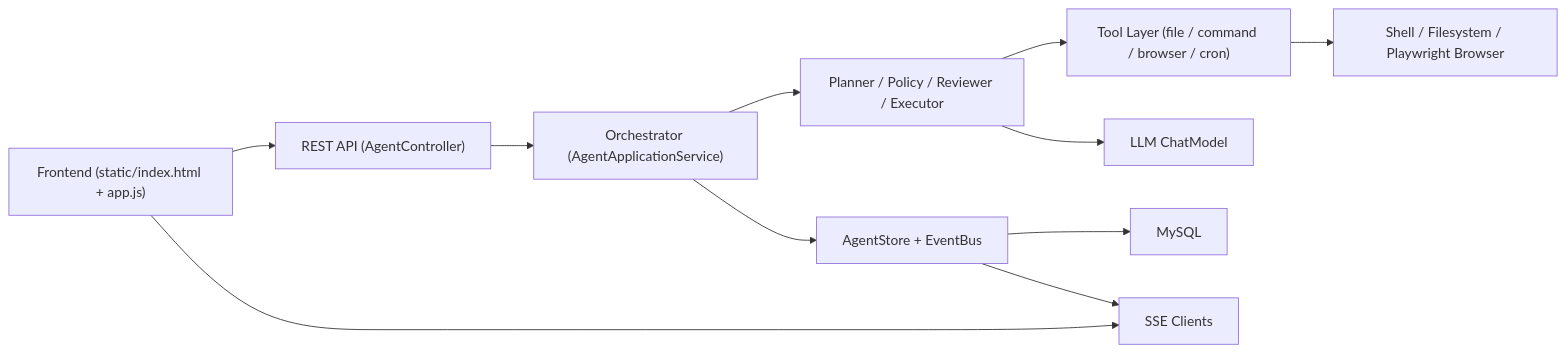
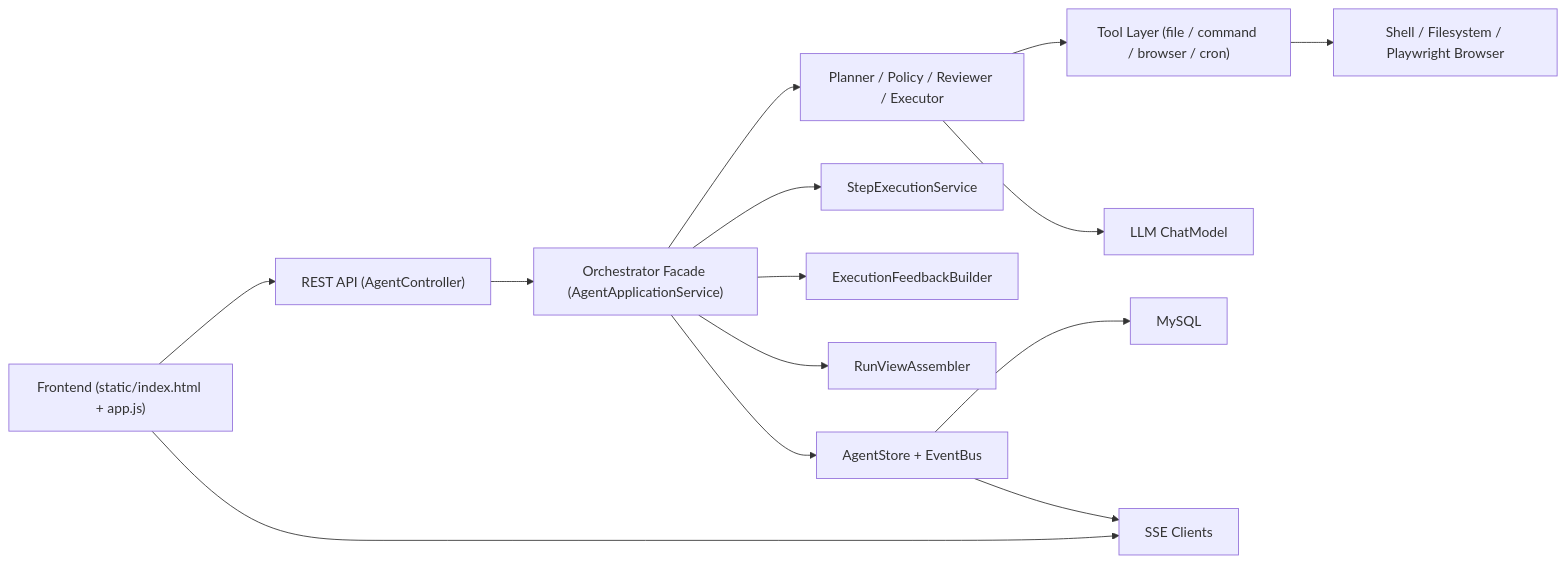
The diagram in docs/architecture/ARCHITECTURE.md (yoogooo/nomoclaw), drawn with Mermaid before and after one commit. The commit also changed other lines of this file and 6 other files, not shown here.

Commit message:
refactor(orchestrator): split AgentApplicationService into focused execution/feedback/run-view services and update architecture docs

````diff
--- a/docs/architecture/ARCHITECTURE.md
+++ b/docs/architecture/ARCHITECTURE.md
@@ -52,24 +55,30 @@
 ```mermaid
 flowchart LR
     A["Frontend (static/index.html + app.js)"]
     B["REST API (AgentController)"]
-    C["Orchestrator (AgentApplicationService)"]
+    C["Orchestrator Facade (AgentApplicationService)"]
     D["Planner / Policy / Reviewer / Executor"]
+    K["StepExecutionService"]
+    L["ExecutionFeedbackBuilder"]
+    M["RunViewAssembler"]
     E["Tool Layer (file / command / browser / cron)"]
     F["AgentStore + EventBus"]
     G["MySQL"]
     H["SSE Clients"]
     I["Shell / Filesystem / Playwright Browser"]
     J["LLM ChatModel"]
 
     A --> B
     A --> H
     B --> C
     C --> D
+    C --> K
+    C --> L
+    C --> M
     D --> E
     D --> J
     C --> F
     F --> G
     F --> H
     E --> I
 ```
````
